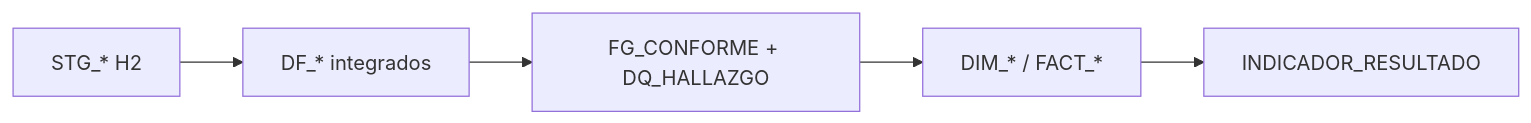
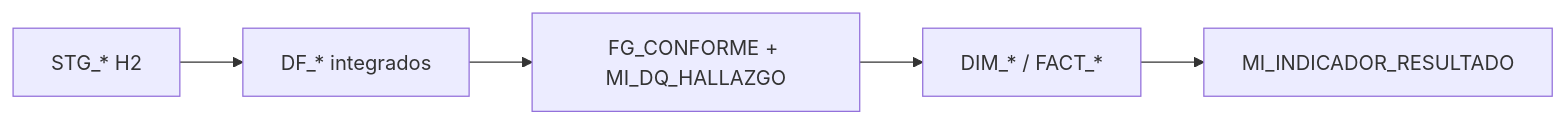
Before and after one commit to nwodevops/multa_informes_etl: the diagram in .agents/skills/auditable-soft-quarantine/SKILL.md, drawn with Mermaid. The commit also changed other lines of this file and 40 other files, not shown here.

````diff
--- a/.agents/skills/auditable-soft-quarantine/SKILL.md
+++ b/.agents/skills/auditable-soft-quarantine/SKILL.md
@@ -27,10 +27,10 @@
 ```mermaid
 flowchart LR
   STG["STG_* H2"]
   DF["DF_* integrados"]
-  QA["FG_CONFORME + DQ_HALLAZGO"]
+  QA["FG_CONFORME + MI_DQ_HALLAZGO"]
   DIM["DIM_* / FACT_*"]
-  IND["INDICADOR_RESULTADO"]
+  IND["MI_INDICADOR_RESULTADO"]
 
   STG --> DF --> QA --> DIM --> IND
 ```
````
